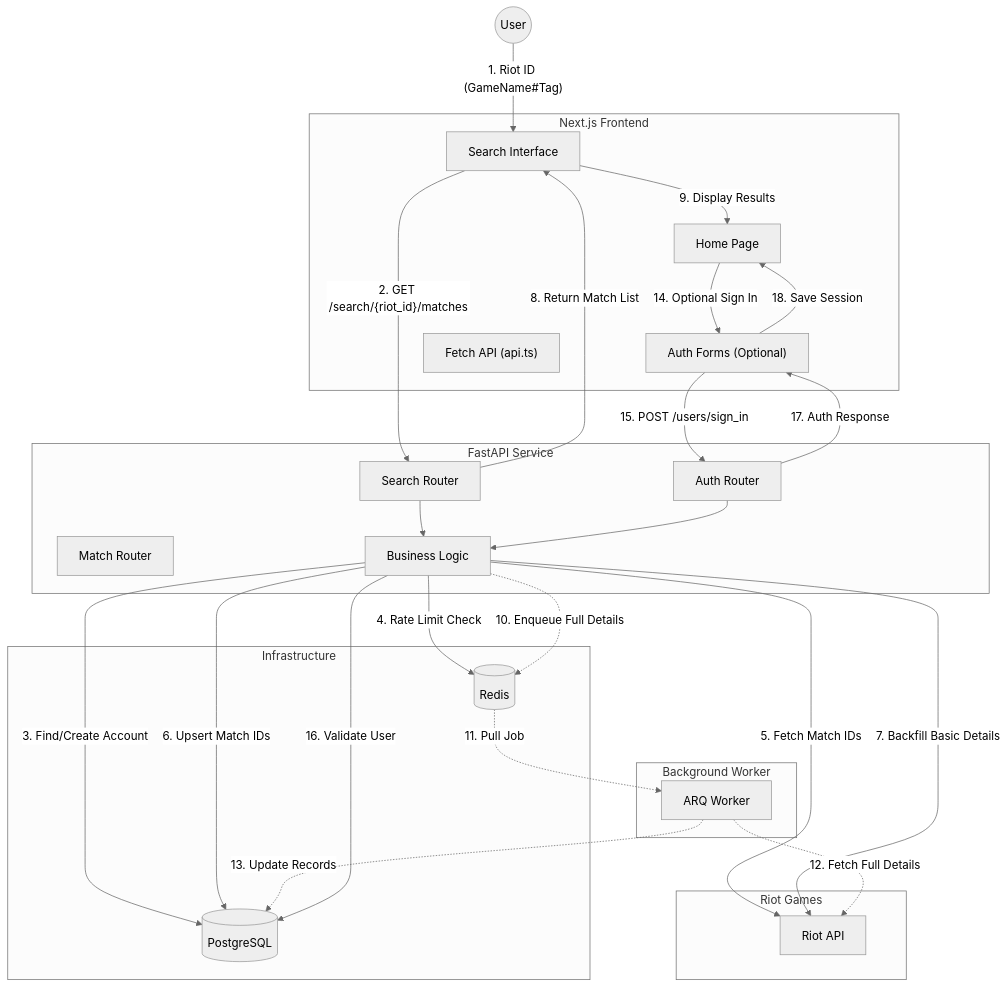
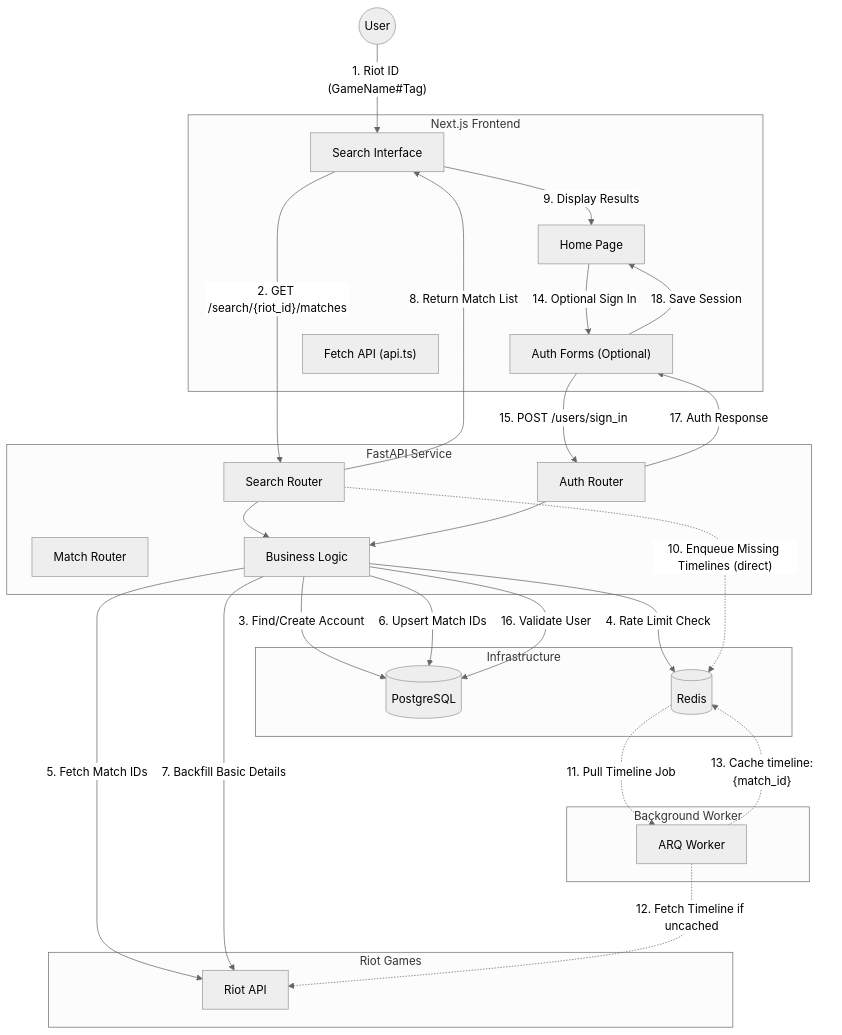
Before and after one commit to JairoE/league-match-analyzer: the diagram in docs/TECHNICAL_REQUEST_FLOW.md, drawn with Mermaid (neutral theme). The commit also changed other lines of this file and 5 other files, not shown here.

Commit message:
docs: update technical flow for timeline enqueue flattening Align technical request-flow and architecture docs with the current router->enqueue-service->ARQ timeline warmup path, including pre-query detail backfill behavior and removal of stale wrapper-era references.

````diff
--- a/docs/TECHNICAL_REQUEST_FLOW.md
+++ b/docs/TECHNICAL_REQUEST_FLOW.md
@@ -15,58 +15,58 @@
 ```mermaid
 graph TD
   %% Nodes
   User((User))
 
   subgraph Frontend ["Next.js Frontend"]
     Search["Search Interface"]
     Home["Home Page"]
     Auth["Auth Forms (Optional)"]
     Fetch["Fetch API (api.ts)"]
   end
 
   subgraph Backend ["FastAPI Service"]
     SearchRoute["Search Router"]
     AuthRoute["Auth Router"]
     MatchRoute["Match Router"]
     Service["Business Logic"]
   end
 
   subgraph Infra ["Infrastructure"]
     DB[("PostgreSQL")]
     Redis[("Redis")]
   end
 
   subgraph Workers ["Background Worker"]
     ARQ["ARQ Worker"]
   end
 
   subgraph External ["Riot Games"]
     Riot["Riot API"]
   end
 
   %% Primary Search Flow
   User -- "1. Riot ID (GameName#Tag)" --> Search
   Search -- "2. GET /search/{riot_id}/matches" --> SearchRoute
   SearchRoute --> Service
   Service -- "3. Find/Create Account" --> DB
   Service -- "4. Rate Limit Check" --> Redis
   Service -- "5. Fetch Match IDs" --> Riot
   Service -- "6. Upsert Match IDs" --> DB
   Service -- "7. Backfill Basic Details" --> Riot
   SearchRoute -- "8. Return Match List" --> Search
   Search -- "9. Display Results" --> Home
 
   %% Background Task (Async)
-  Service -. "10. Enqueue Full Details" .-> Redis
-  Redis -. "11. Pull Job" .-> ARQ
-  ARQ -. "12. Fetch Full Details" .-> Riot
-  ARQ -. "13. Update Records" .-> DB
+  SearchRoute -. "10. Enqueue Missing Timelines (direct)" .-> Redis
+  Redis -. "11. Pull Timeline Job" .-> ARQ
+  ARQ -. "12. Fetch Timeline if uncached" .-> Riot
+  ARQ -. "13. Cache timeline:{match_id}" .-> Redis
 
   %% Optional Auth Flow
   Home -- "14. Optional Sign In" --> Auth
   Auth -- "15. POST /users/sign_in" --> AuthRoute
   AuthRoute --> Service
   Service -- "16. Validate User" --> DB
   AuthRoute -- "17. Auth Response" --> Auth
   Auth -- "18. Save Session" --> Home
 ```
````
